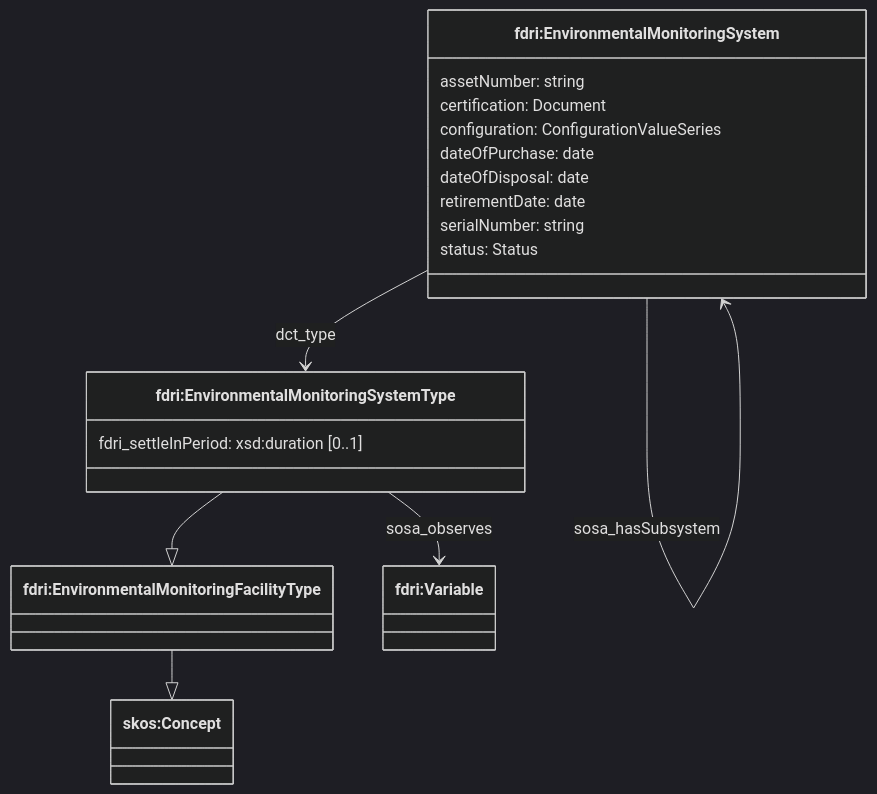
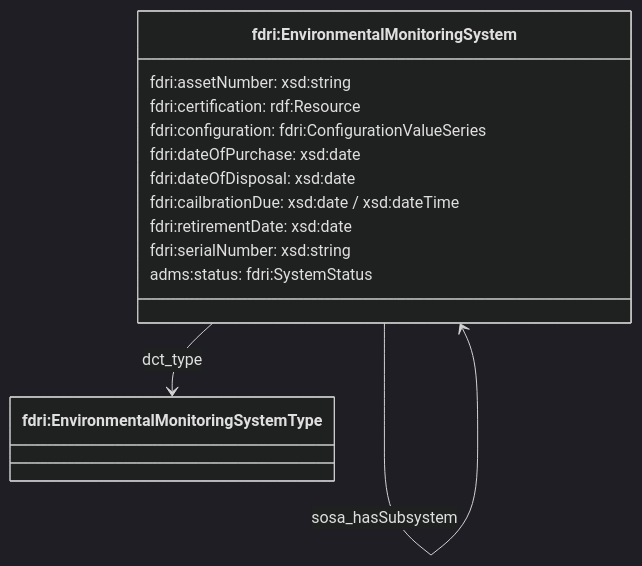
The fifth of 8 diagrams in doc/emf.md (NERC-CEH/fdri-ontology), drawn with Mermaid (dark theme) before and after one commit.

Commit message:
Document calibrationDue date on EMSystem and tidy up class diagram

````diff
--- a/doc/emf.md
+++ b/doc/emf.md
@@ -180,25 +180,17 @@
 ```mermaid
 classDiagram
 class System["fdri:EnvironmentalMonitoringSystem"] {
-  assetNumber: string
-  certification: Document
-  configuration: ConfigurationValueSeries
-  dateOfPurchase: date
-  dateOfDisposal: date
-  retirementDate: date
-  serialNumber: string
-  status: Status
-
-  }
-class EMFType["fdri:EnvironmentalMonitoringFacilityType"]
-class SystemType["fdri:EnvironmentalMonitoringSystemType"] {
-  fdri_settleInPeriod: xsd:duration [0..1]
+  fdri:assetNumber: xsd:string
+  fdri:certification: rdf:Resource
+  fdri:configuration: fdri:ConfigurationValueSeries
+  fdri:dateOfPurchase: xsd:date
+  fdri:dateOfDisposal: xsd:date
+  fdri:cailbrationDue: xsd:date / xsd:dateTime
+  fdri:retirementDate: xsd:date
+  fdri:serialNumber: xsd:string
+  adms:status: fdri:SystemStatus
 }
-class Concept["skos:Concept"]
-class Variable["fdri:Variable"]
+class SystemType["fdri:EnvironmentalMonitoringSystemType"]
 System --> System: sosa_hasSubsystem
 System --> SystemType: dct_type
-SystemType --> Variable: sosa_observes
-SystemType --|> EMFType
-EMFType --|> Concept
 ```
````
